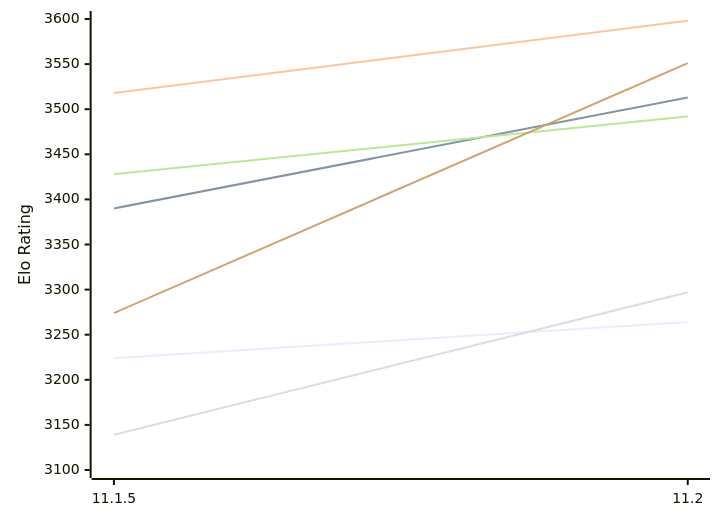
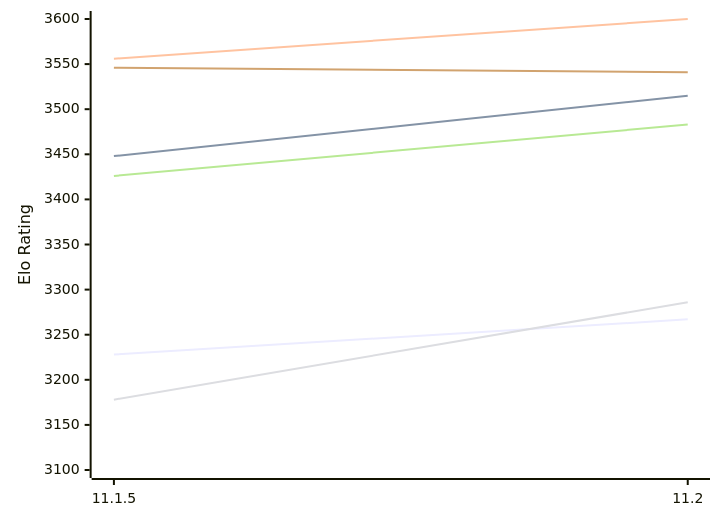
One commit to computer-chess-index/cci changed the first of 2 diagrams in engines/Lizard.md. Above: the diagram before and after it, drawn with Mermaid. The commit also changed other lines of this file, not shown here.

Commit message:
Update CCI Ratings (ELO VLTC) - 2026-11-15

````diff
--- a/engines/Lizard.md
+++ b/engines/Lizard.md
@@ -52,12 +52,12 @@
 ```mermaid
 %%{init: {"theme":"base","themeVariables":{"seriesColors:['#a3a3a3','#222221','#faa371']}}}%%
 xychart-beta
   x-axis ["11.1.5", "11.2"]
   y-axis "Elo Rating" 3100 --> 3600
-  line "E1: STC (8.0+0.08s)" [3224, 3264]
-  line "E1: LTC (60.0+0.60s)" [3390, 3513]
-  line "E1: VLTC (2m24s+1.12s)" [3518, 3598]
-  line "P1: STC (8.0+0.08s)" [3139, 3297]
-  line "P1: LTC (60.0+0.60s)" [3428, 3492]
-  line "P1: VLTC (2m24s+1.12s)" [3274, 3551]
+  line "E1: STC (8.0+0.08s)" [3228, 3267]
+  line "E1: LTC (60.0+0.60s)" [3448, 3515]
+  line "E1: VLTC (2m24s+1.12s)" [3556, 3600]
+  line "P1: STC (8.0+0.08s)" [3178, 3286]
+  line "P1: LTC (60.0+0.60s)" [3426, 3483]
+  line "P1: VLTC (2m24s+1.12s)" [3546, 3541]
 ```
````
